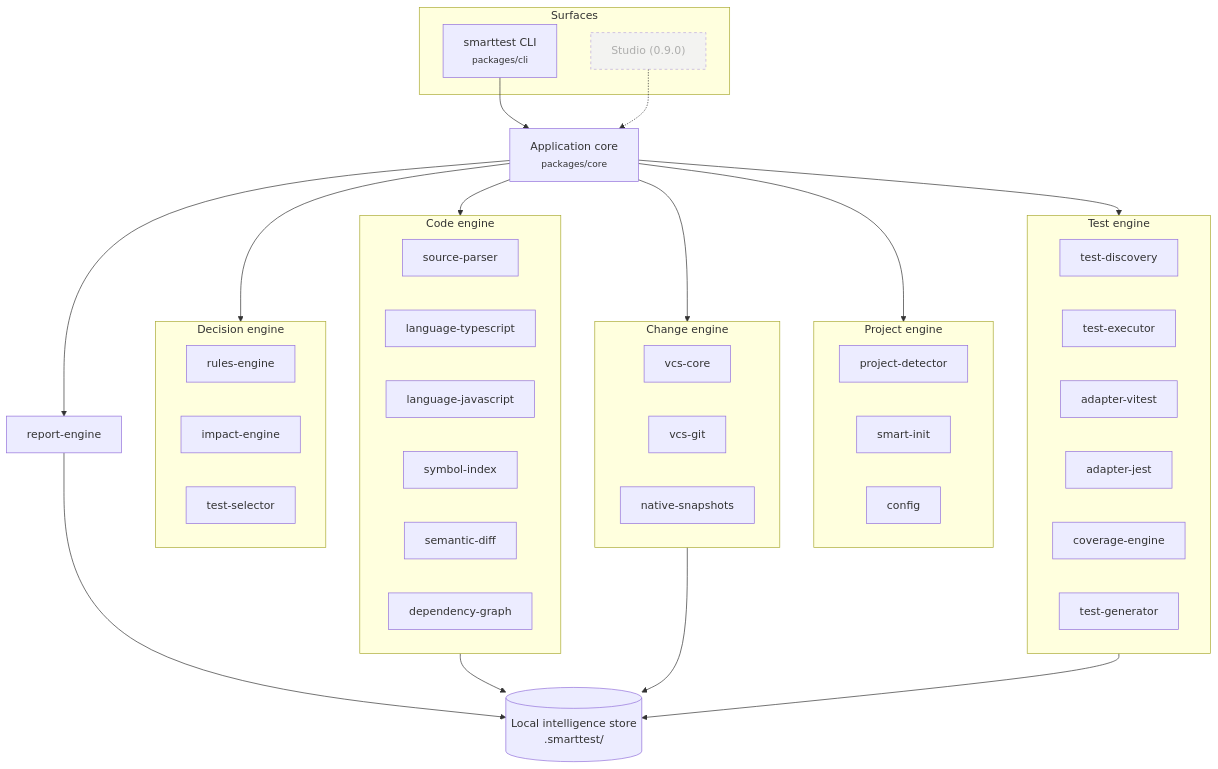
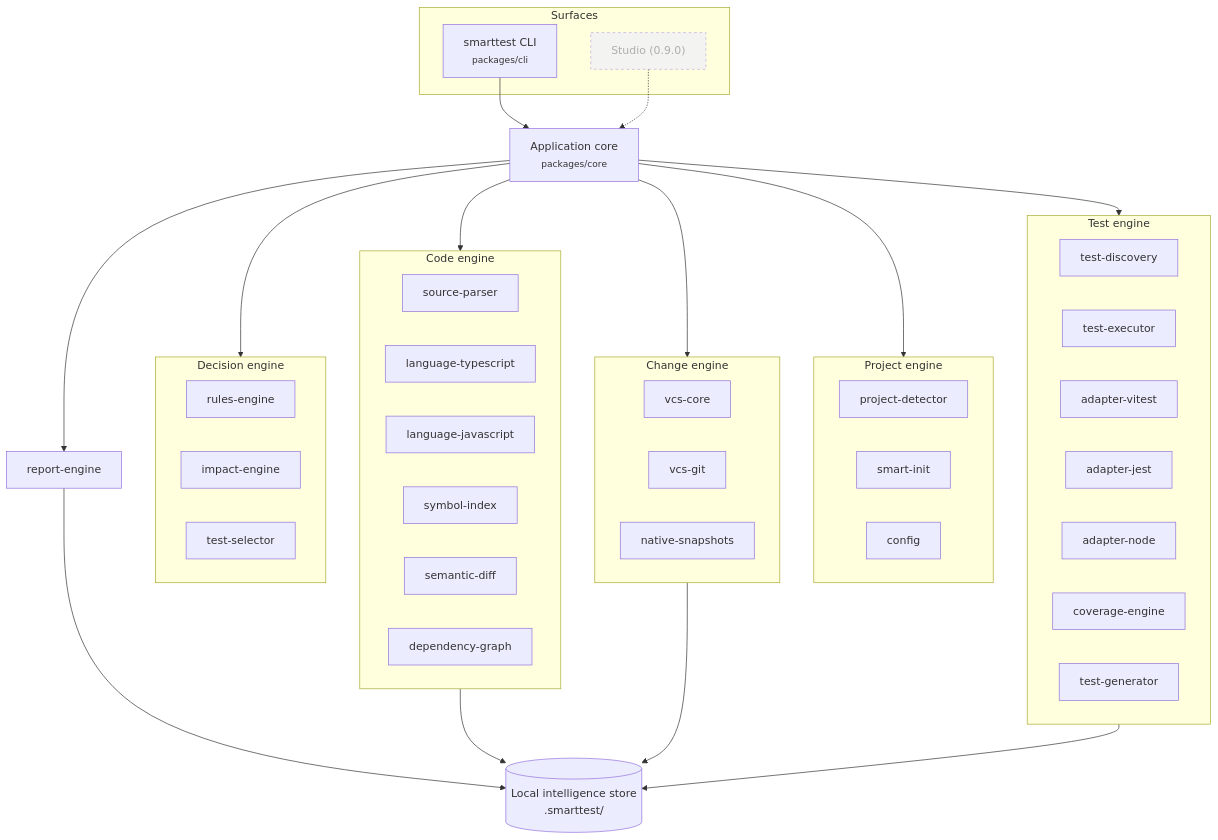
Before and after one commit to RemiPelloux/SmarttyTest: the first of 2 diagrams in documentation/architecture/overview.md, drawn with Mermaid. The commit also changed other lines of this file and 27 other files, not shown here.

````diff
--- a/documentation/architecture/overview.md
+++ b/documentation/architecture/overview.md
@@ -9,57 +9,58 @@
 ```mermaid
 flowchart TB
   subgraph Surface["Surfaces"]
     CLI["smarttest CLI<br/><small>packages/cli</small>"]
     Studio["Studio (0.9.0)"]:::later
   end
 
   CORE["Application core<br/><small>packages/core</small>"]
 
   subgraph Project["Project engine"]
     DET["project-detector"]
     INIT["smart-init"]
     CFG["config"]
   end
 
   subgraph Change["Change engine"]
     VCSCORE["vcs-core"]
     GIT["vcs-git"]
     SNAP["native-snapshots"]
   end
 
   subgraph Code["Code engine"]
     PARSER["source-parser"]
     TS["language-typescript"]
     JS["language-javascript"]
     SYM["symbol-index"]
     SEM["semantic-diff"]
     GRAPH["dependency-graph"]
   end
 
   subgraph Decide["Decision engine"]
     RULES["rules-engine"]
     IMPACT["impact-engine"]
     SEL["test-selector"]
   end
 
   subgraph Test["Test engine"]
     DISC["test-discovery"]
     EXEC["test-executor"]
     VIT["adapter-vitest"]
     JEST["adapter-jest"]
+    NODE["adapter-node"]
     COV["coverage-engine"]
     GEN["test-generator"]
   end
 
   REP["report-engine"]
   STORE[("Local intelligence store<br/>.smarttest/")]
 
   CLI --> CORE
   Studio -.-> CORE
   CORE --> Project & Change & Code & Decide & Test & REP
   Code --> STORE
   Change --> STORE
   Test --> STORE
   REP --> STORE
   classDef later stroke-dasharray: 4 4,opacity:0.6
 ```
````
